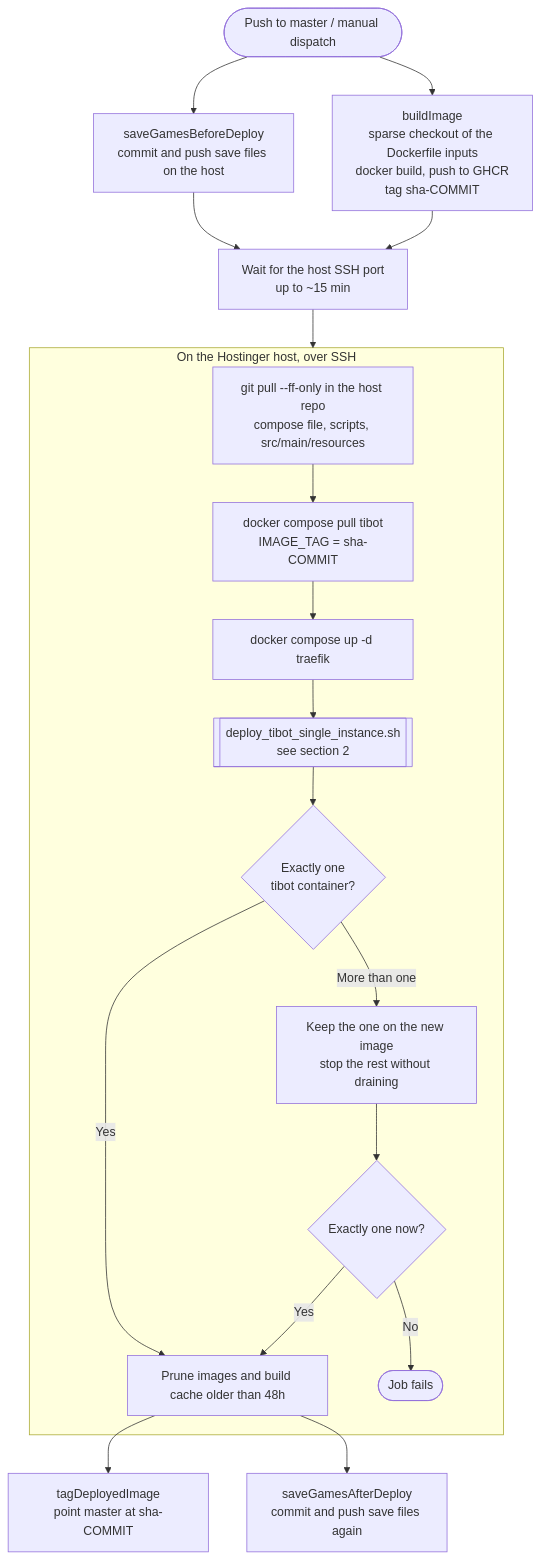
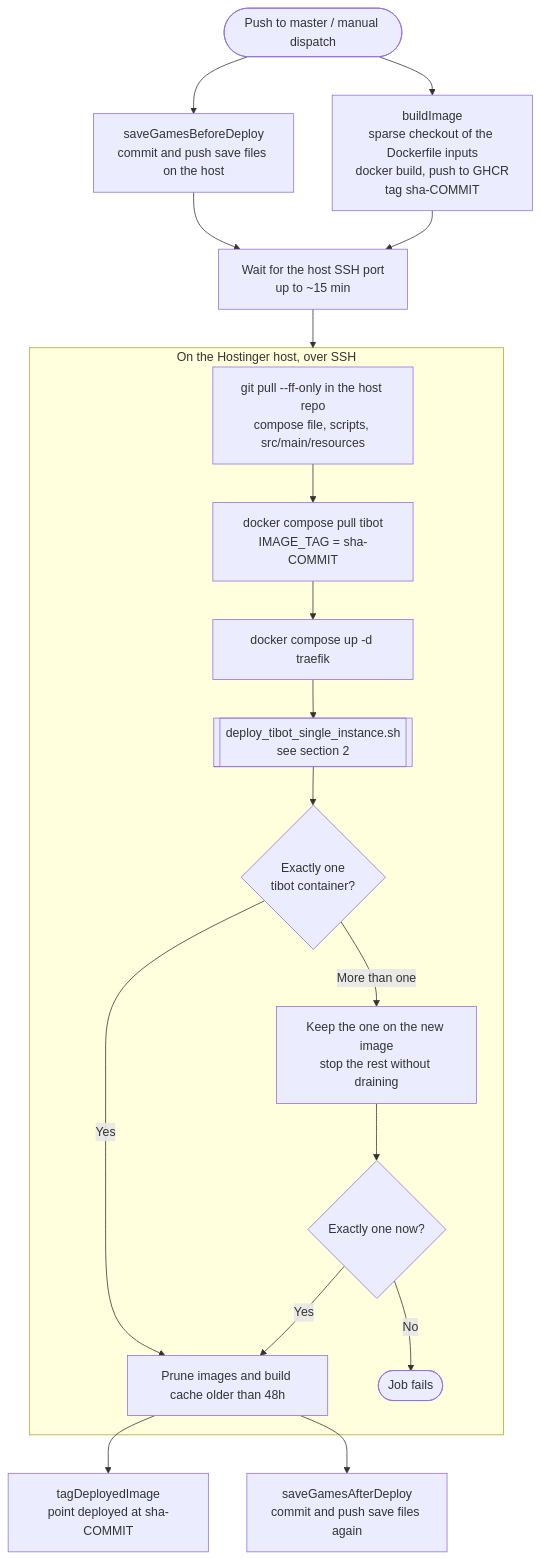
Before and after one commit to AsyncTI4/TI4_map_generator_bot: the first of 5 diagrams in DEPLOYMENT.md, drawn with Mermaid. The commit also changed other lines of this file and 4 other files, not shown here.

First line of the commit message:
Replace the master image tag with a deployed tag

````diff
--- a/DEPLOYMENT.md
+++ b/DEPLOYMENT.md
@@ -24,24 +24,24 @@
 ```mermaid
 flowchart TD
     push([Push to master / manual dispatch]) --> backup1[saveGamesBeforeDeploy<br/>commit and push save files on the host]
     push --> build["buildImage<br/>sparse checkout of the Dockerfile inputs<br/>docker build, push to GHCR<br/>tag sha-COMMIT"]
     backup1 --> ssh[Wait for the host SSH port<br/>up to ~15 min]
     build --> ssh
     ssh --> remote
 
     subgraph remote [On the Hostinger host, over SSH]
         pull["git pull --ff-only in the host repo<br/>compose file, scripts, src/main/resources"]
         pull --> img["docker compose pull tibot<br/>IMAGE_TAG = sha-COMMIT"]
         img --> traefik[docker compose up -d traefik]
         traefik --> rollout[["deploy_tibot_single_instance.sh<br/>see section 2"]]
         rollout --> verify{Exactly one<br/>tibot container?}
         verify -->|More than one| extras["Keep the one on the new image<br/>stop the rest without draining"]
         extras --> verify2{Exactly one now?}
         verify -->|Yes| prune[Prune images and build cache older than 48h]
         verify2 -->|Yes| prune
         verify2 -->|No| fail([Job fails])
     end
 
-    prune --> tag["tagDeployedImage<br/>point master at sha-COMMIT"]
+    prune --> tag["tagDeployedImage<br/>point deployed at sha-COMMIT"]
     prune --> backup2[saveGamesAfterDeploy<br/>commit and push save files again]
 ```
````
